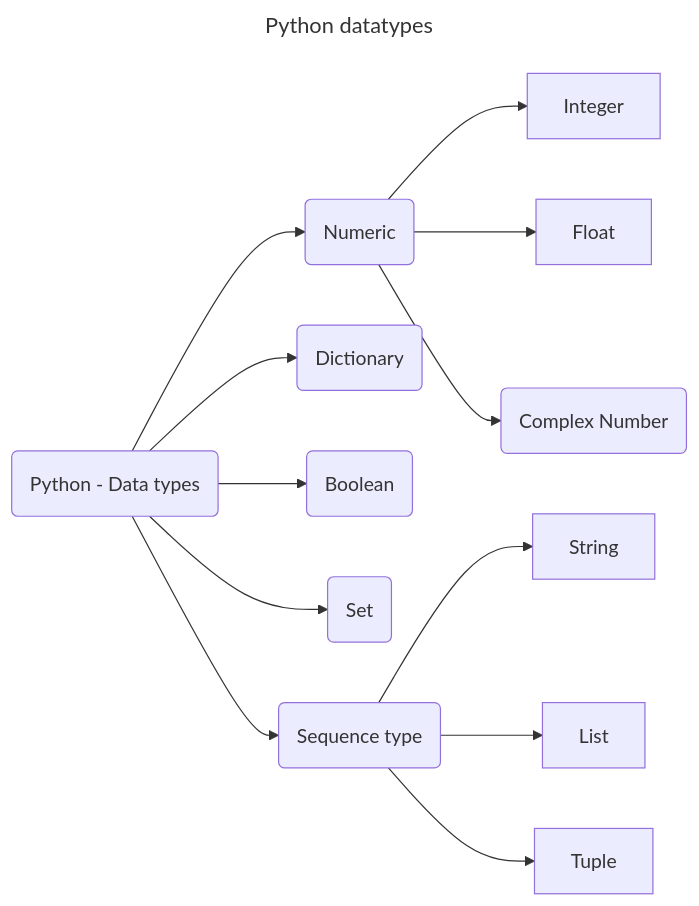
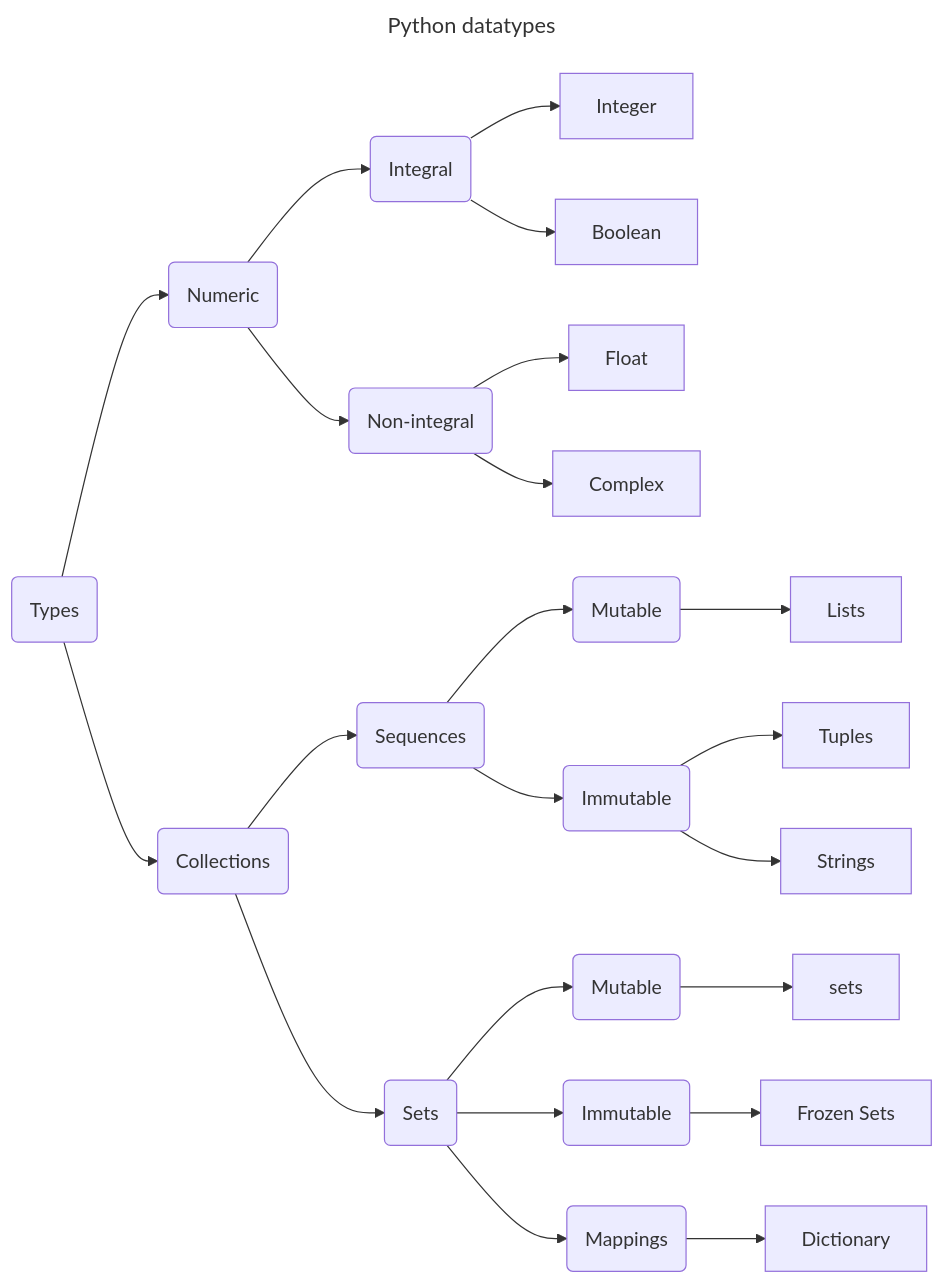
One commit to DarvidTorres/mydocs changed the diagram in Python/data types/data types.md. Above: the diagram before and after it, drawn with Mermaid. The commit also changed 5 other files, not shown here.

````diff
--- a/Python/data types/data types.md
+++ b/Python/data types/data types.md
@@ -9,18 +9,28 @@
 ```mermaid
 ---
 title: Python datatypes
 ---
 flowchart LR
-A(Python - Data types)
+A(Types)
 A --> B(Numeric)
-	B --> Integer
-	B --> Float
-	B --> Z(Complex Number)
-A --> C(Dictionary)
-A --> D(Boolean)
-A --> E(Set)
-A --> F(Sequence type)
-F --> String
-F --> List
-F --> Tuple
+	B --> C(Integral)
+		C --> Integer
+		C --> Boolean
+	B --> D(Non-integral)
+		D --> Float
+		D --> Complex
+A --> E(Collections)
+	E --> F(Sequences)
+		F --> G(Mutable)
+			G --> Lists
+		F --> H(Immutable)
+			H --> Tuples
+			H --> Strings
+	E --> I(Sets)
+		I --> J(Mutable)
+			J --> sets
+		I --> K(Immutable)
+			K --> L[Frozen Sets]
+		I --> M(Mappings)
+			M --> Dictionary
 ```
````
